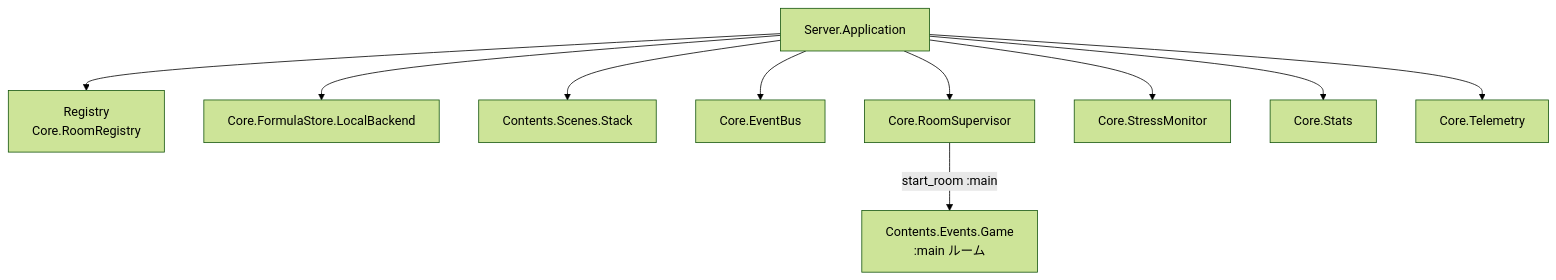
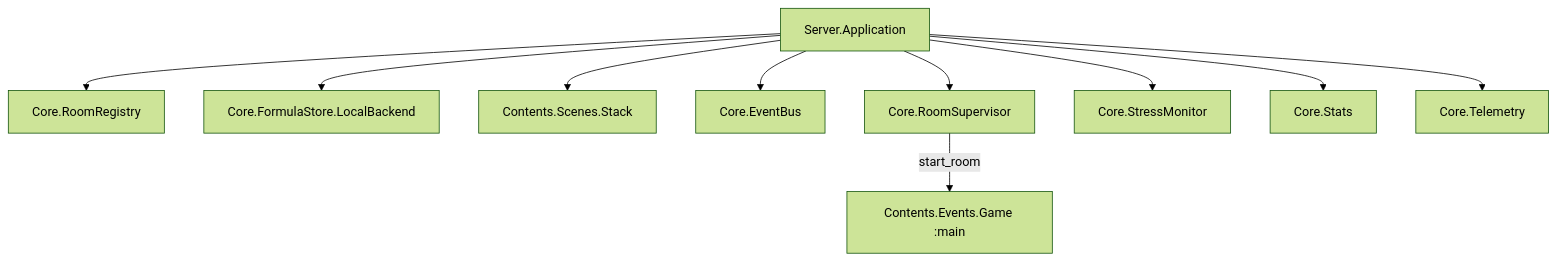
Before and after one commit to FRICK-ELDY/alchemy-engine: the second of 2 diagrams in docs/architecture/elixir/server.md, drawn with Mermaid (forest theme). The commit also changed other lines of this file and 11 other files, not shown here.

Commit message:
docs(architecture): 現行構成（Formula NIF・Elixir tick・3 コンテンツ）に合わせて更新

````diff
--- a/docs/architecture/elixir/server.md
+++ b/docs/architecture/elixir/server.md
@@ -29,23 +30,23 @@
 ```mermaid
 graph TD
     APP[Server.Application]
-    REG[Registry<br/>Core.RoomRegistry]
+    REG[Core.RoomRegistry]
     FS[Core.FormulaStore.LocalBackend]
     SS[Contents.Scenes.Stack]
     EB[Core.EventBus]
     RS[Core.RoomSupervisor]
-    GEV[Contents.Events.Game<br/>:main ルーム]
+    GEV[Contents.Events.Game :main]
     MON[Core.StressMonitor]
     STATS[Core.Stats]
     TEL[Core.Telemetry]
 
     APP --> REG
     APP --> FS
     APP --> SS
     APP --> EB
     APP --> RS
-    RS -->|start_room :main| GEV
+    RS -->|start_room| GEV
     APP --> MON
     APP --> STATS
     APP --> TEL
 ```
````
